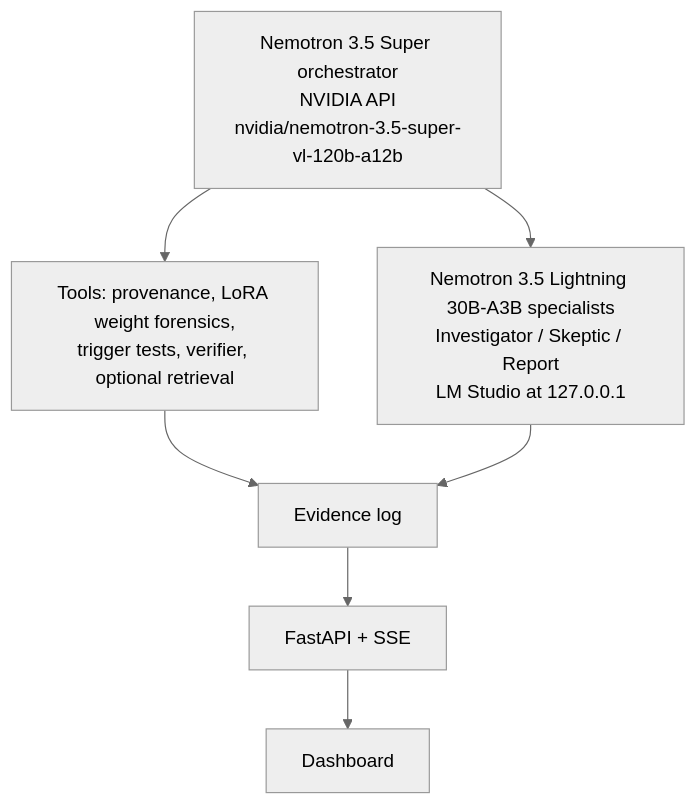
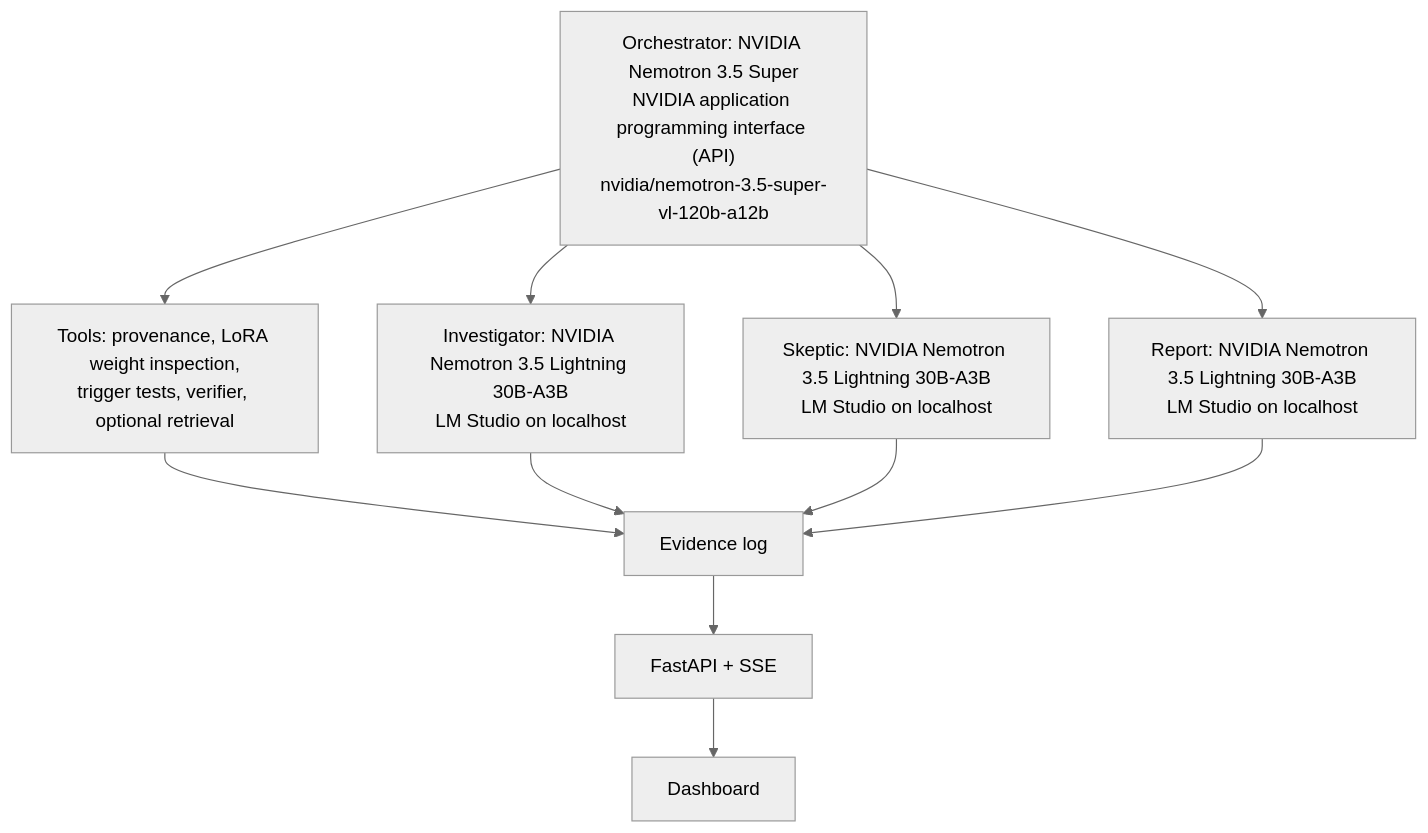
Before and after one commit to mukherjeeabhirup/TripWir3: the diagram in README.md, drawn with Mermaid (neutral theme). The commit also changed other lines of this file and 41 other files, not shown here.

````diff
--- a/README.md
+++ b/README.md
@@ -38,10 +19,14 @@
 ```mermaid
 flowchart TD
-    O["Nemotron 3.5 Super orchestrator<br/>NVIDIA API<br/>nvidia/nemotron-3.5-super-vl-120b-a12b"]
-    O --> T["Tools: provenance, LoRA weight forensics,<br/>trigger tests, verifier, optional retrieval"]
-    O --> S["Nemotron 3.5 Lightning 30B-A3B specialists<br/>Investigator / Skeptic / Report<br/>LM Studio at 127.0.0.1"]
+    O["Orchestrator: NVIDIA Nemotron 3.5 Super<br/>NVIDIA application programming interface (API)<br/>nvidia/nemotron-3.5-super-vl-120b-a12b"]
+    O --> T["Tools: provenance, LoRA weight inspection,<br/>trigger tests, verifier, optional retrieval"]
+    O --> I["Investigator: NVIDIA Nemotron 3.5 Lightning 30B-A3B<br/>LM Studio on localhost"]
+    O --> S["Skeptic: NVIDIA Nemotron 3.5 Lightning 30B-A3B<br/>LM Studio on localhost"]
+    O --> R["Report: NVIDIA Nemotron 3.5 Lightning 30B-A3B<br/>LM Studio on localhost"]
     T --> E[Evidence log]
+    I --> E
     S --> E
+    R --> E
     E --> A[FastAPI + SSE]
     A --> D[Dashboard]
 ```
````
